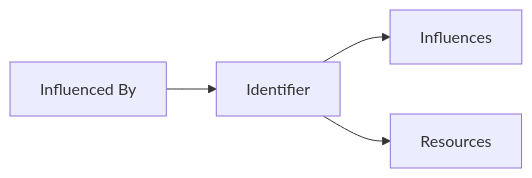
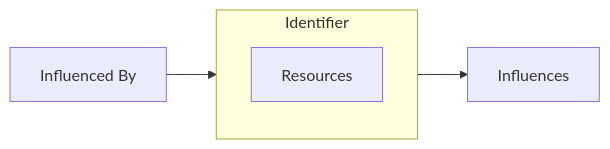
Before and after one commit to sodal-project/community: the first of 3 diagrams in agency-graphs.md, drawn with Mermaid.

Commit message:
Refactor agency graphs and remove TODO note
Refactor mermaid diagram for clarity and add subgraph for resources. Remove TODO note regarding formal frameworks.

````diff
--- a/agency-graphs.md
+++ b/agency-graphs.md
@@ -65,6 +65,9 @@
 ```mermaid
 flowchart LR
-    IB[Influenced By] --> ID[Identifier]
-    ID --> IN[Influences]
-    ID --> RS[Resources]
+    subgraph IDRS[Identifier]
+        RS[Resources]
+    end
+    IB[Influenced By] --> IDRS
+    IDRS --> IN[Influences]
+
 ```
````
